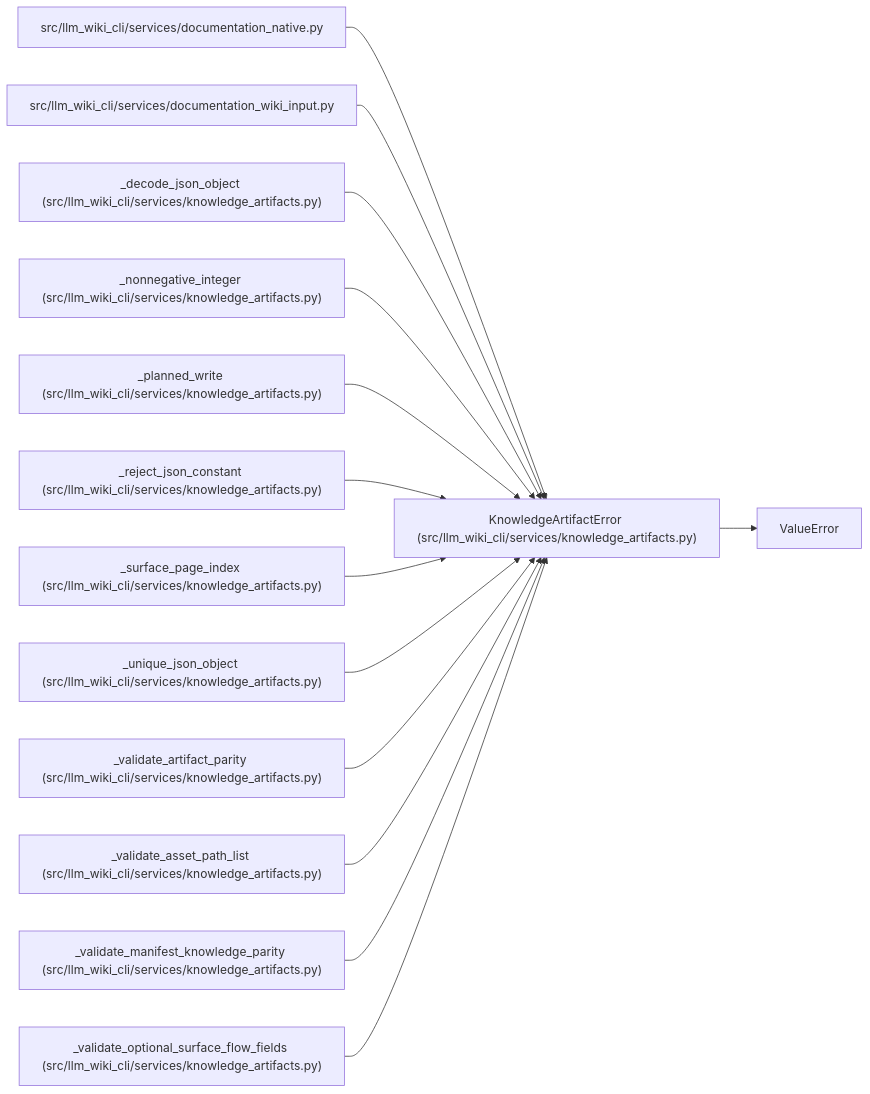
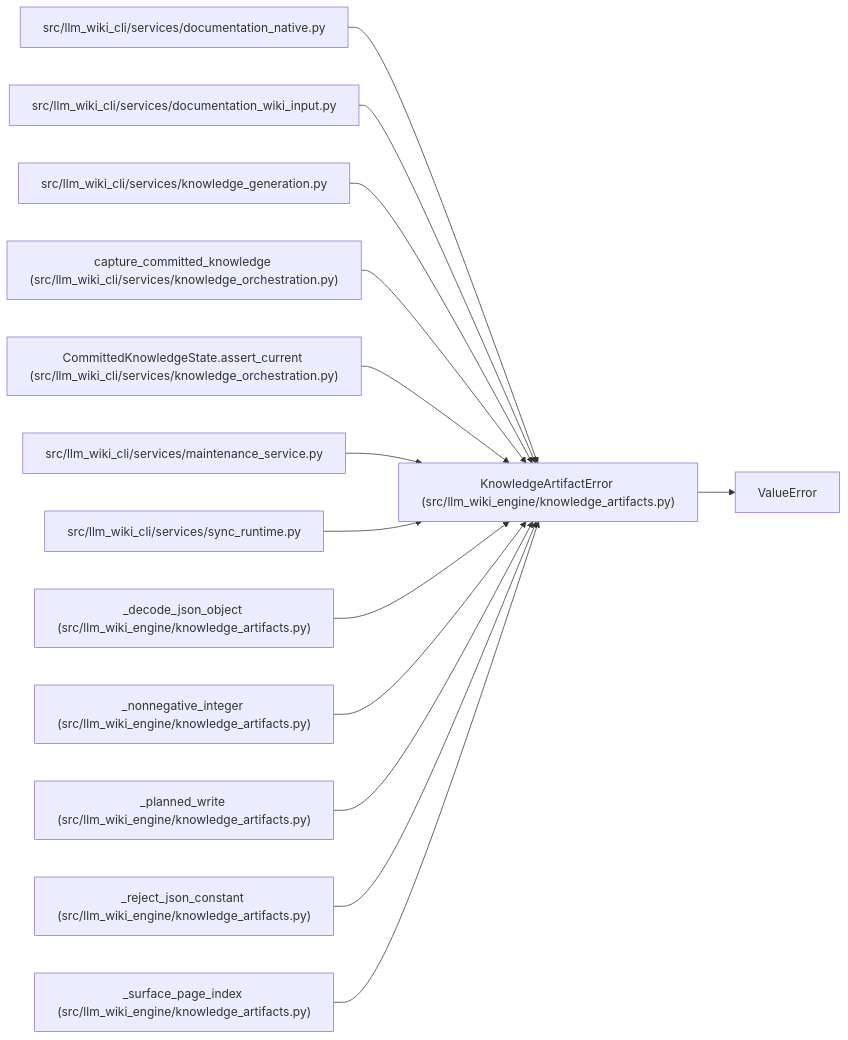
Before and after one commit to Denissvgn/python-wiki-llm: the diagram in docs/llm_wiki/entities/KnowledgeArtifactError.md, drawn with Mermaid. The commit also changed other lines of this file and 1058 other files, not shown here.

First line of the commit message:
docs: refresh the wiki for the knowledge store move

````diff
--- a/docs/llm_wiki/entities/KnowledgeArtifactError.md
+++ b/docs/llm_wiki/entities/KnowledgeArtifactError.md
@@ -25,43 +25,43 @@
 ```mermaid
 flowchart LR
-    n0["KnowledgeArtifactError (src/llm_wiki_cli/services/knowledge_artifacts.py)"]
+    n0["KnowledgeArtifactError (src/llm_wiki_engine/knowledge_artifacts.py)"]
     n1["ValueError"]
     n2["src/llm_wiki_cli/services/documentation_native.py"]
     n3["src/llm_wiki_cli/services/documentation_wiki_input.py"]
-    n4["_decode_json_object (src/llm_wiki_cli/services/knowledge_artifacts.py)"]
-    n5["_nonnegative_integer (src/llm_wiki_cli/services/knowledge_artifacts.py)"]
-    n6["_planned_write (src/llm_wiki_cli/services/knowledge_artifacts.py)"]
-    n7["_reject_json_constant (src/llm_wiki_cli/services/knowledge_artifacts.py)"]
-    n8["_surface_page_index (src/llm_wiki_cli/services/knowledge_artifacts.py)"]
-    n9["_unique_json_object (src/llm_wiki_cli/services/knowledge_artifacts.py)"]
-    n10["_validate_artifact_parity (src/llm_wiki_cli/services/knowledge_artifacts.py)"]
-    n11["_validate_asset_path_list (src/llm_wiki_cli/services/knowledge_artifacts.py)"]
-    n12["_validate_manifest_knowledge_parity (src/llm_wiki_cli/services/knowledge_artifacts.py)"]
-    n13["_validate_optional_surface_flow_fields (src/llm_wiki_cli/services/knowledge_artifacts.py)"]
+    n4["src/llm_wiki_cli/services/knowledge_generation.py"]
+    n5["capture_committed_knowledge (src/llm_wiki_cli/services/knowledge_orchestration.py)"]
+    n6["CommittedKnowledgeState.assert_current (src/llm_wiki_cli/services/knowledge_orchestration.py)"]
+    n7["src/llm_wiki_cli/services/maintenance_service.py"]
+    n8["src/llm_wiki_cli/services/sync_runtime.py"]
+    n9["_decode_json_object (src/llm_wiki_engine/knowledge_artifacts.py)"]
+    n10["_nonnegative_integer (src/llm_wiki_engine/knowledge_artifacts.py)"]
+    n11["_planned_write (src/llm_wiki_engine/knowledge_artifacts.py)"]
+    n12["_reject_json_constant (src/llm_wiki_engine/knowledge_artifacts.py)"]
+    n13["_surface_page_index (src/llm_wiki_engine/knowledge_artifacts.py)"]
     n0 --> n1
     n2 --> n0
     n3 --> n0
     n4 --> n0
     n5 --> n0
     n6 --> n0
     n7 --> n0
     n8 --> n0
     n9 --> n0
     n10 --> n0
     n11 --> n0
     n12 --> n0
     n13 --> n0
     click n0 "../modules/knowledge_artifacts.md"
     click n2 "../modules/documentation_native.md"
     click n3 "../modules/documentation_wiki_input.md"
-    click n4 "../modules/knowledge_artifacts.md"
-    click n5 "../modules/knowledge_artifacts.md"
-    click n6 "../modules/knowledge_artifacts.md"
-    click n7 "../modules/knowledge_artifacts.md"
-    click n8 "../modules/knowledge_artifacts.md"
+    click n4 "../modules/knowledge_generation.md"
+    click n5 "../modules/knowledge_orchestration.md"
+    click n6 "../modules/knowledge_orchestration.md"
+    click n7 "../modules/maintenance_service.md"
+    click n8 "../modules/sync_runtime.md"
     click n9 "../modules/knowledge_artifacts.md"
     click n10 "../modules/knowledge_artifacts.md"
     click n11 "../modules/knowledge_artifacts.md"
     click n12 "../modules/knowledge_artifacts.md"
     click n13 "../modules/knowledge_artifacts.md"
 ```
````
